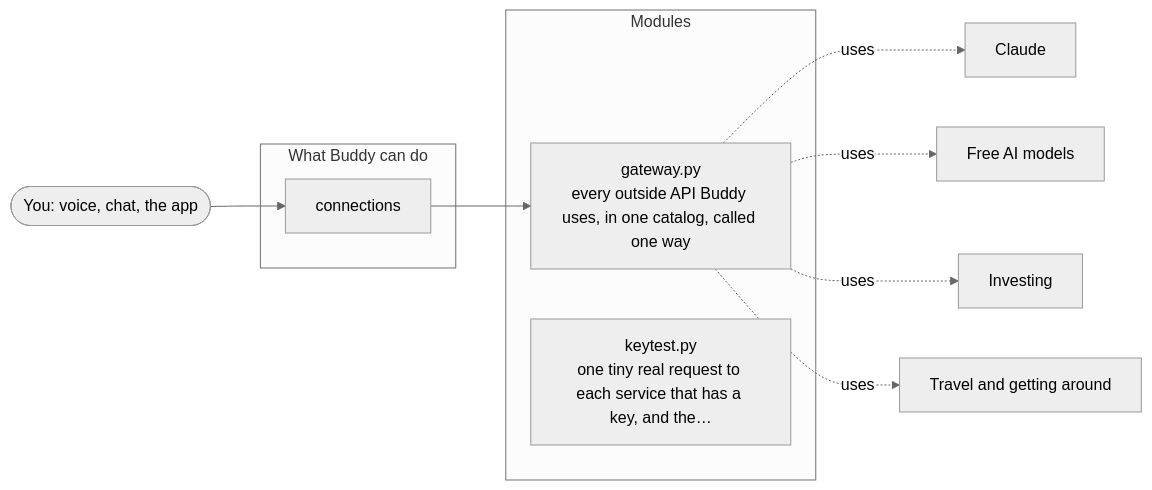
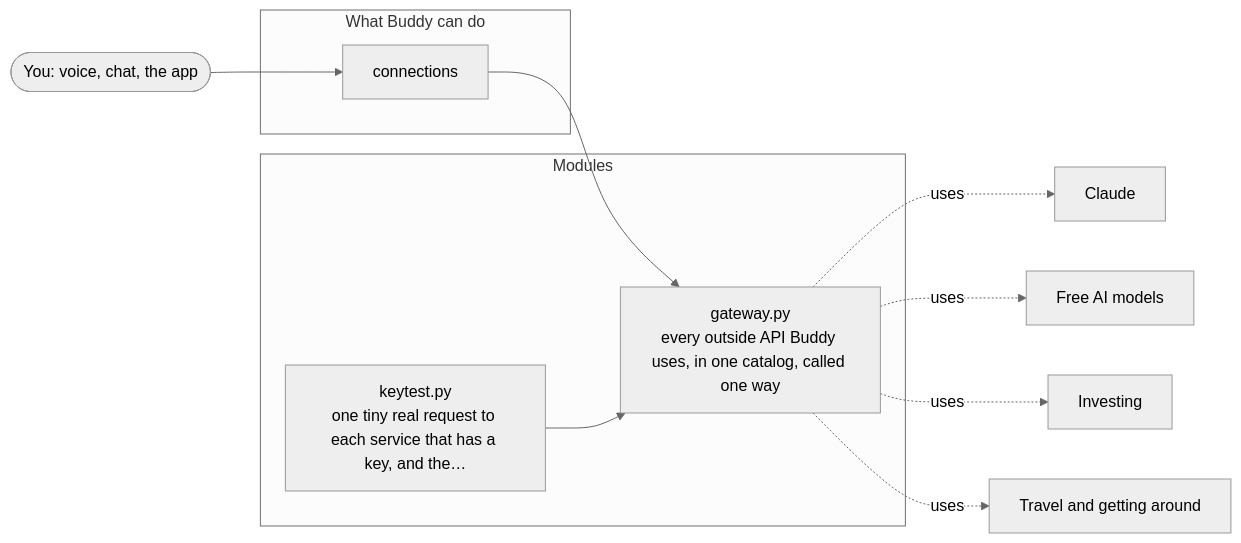
The diagram in docs/architecture/03-buddy-connect.md (aneesh304810/BuddyAgent), drawn with Mermaid (neutral theme) before and after one commit. The commit also changed other lines of this file and 8 other files, not shown here.

````diff
--- a/docs/architecture/03-buddy-connect.md
+++ b/docs/architecture/03-buddy-connect.md
@@ -7,21 +7,22 @@
 ```mermaid
 flowchart LR
     you(["You: voice, chat, the app"])
     subgraph Tools["What Buddy can do"]
         t_connections["connections"]
     end
     subgraph Modules["Modules"]
         gateway_py["gateway.py<br/>every outside API Buddy uses, in one catalog, called one way"]
         keytest_py["keytest.py<br/>one tiny real request to each service that has a key, and the…"]
     end
     you --> t_connections
     t_connections --> gateway_py
+    keytest_py --> gateway_py
     o_0["Claude"]
     gateway_py -. uses .-> o_0
     o_1["Free AI models"]
     gateway_py -. uses .-> o_1
     o_2["Investing"]
     gateway_py -. uses .-> o_2
     o_3["Travel and getting around"]
     gateway_py -. uses .-> o_3
 ```
````
